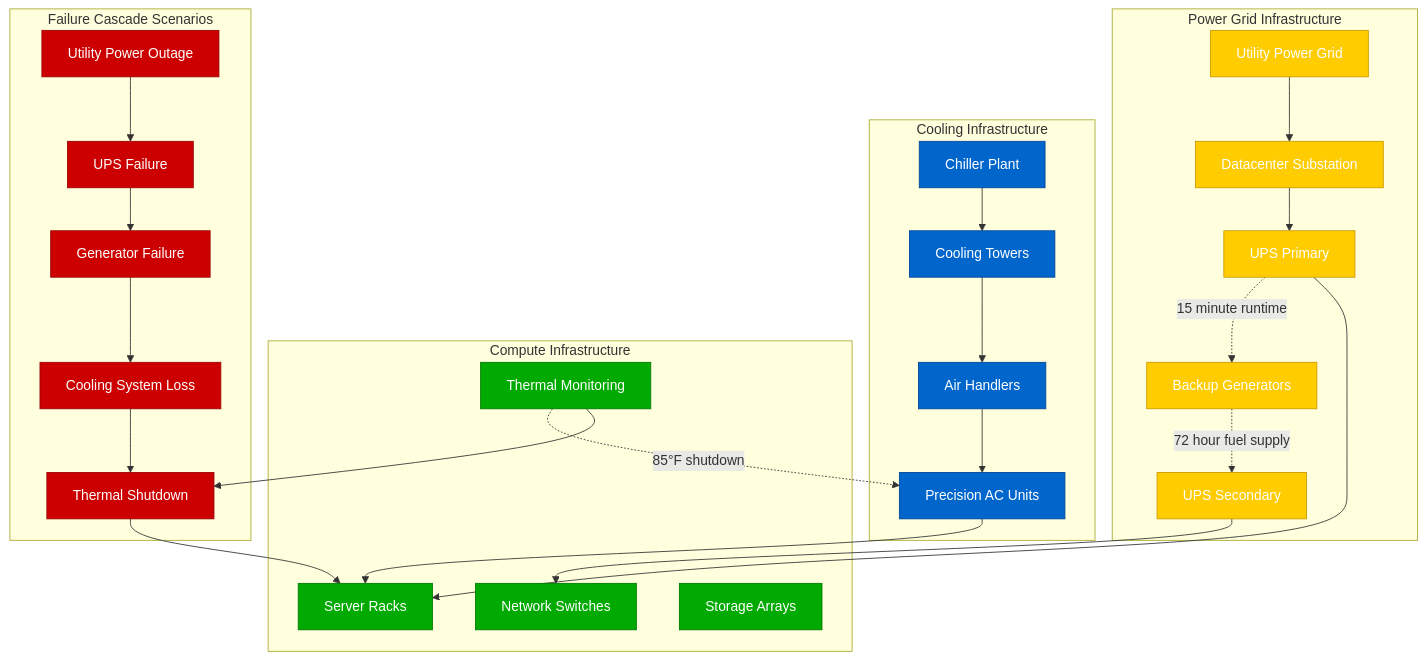
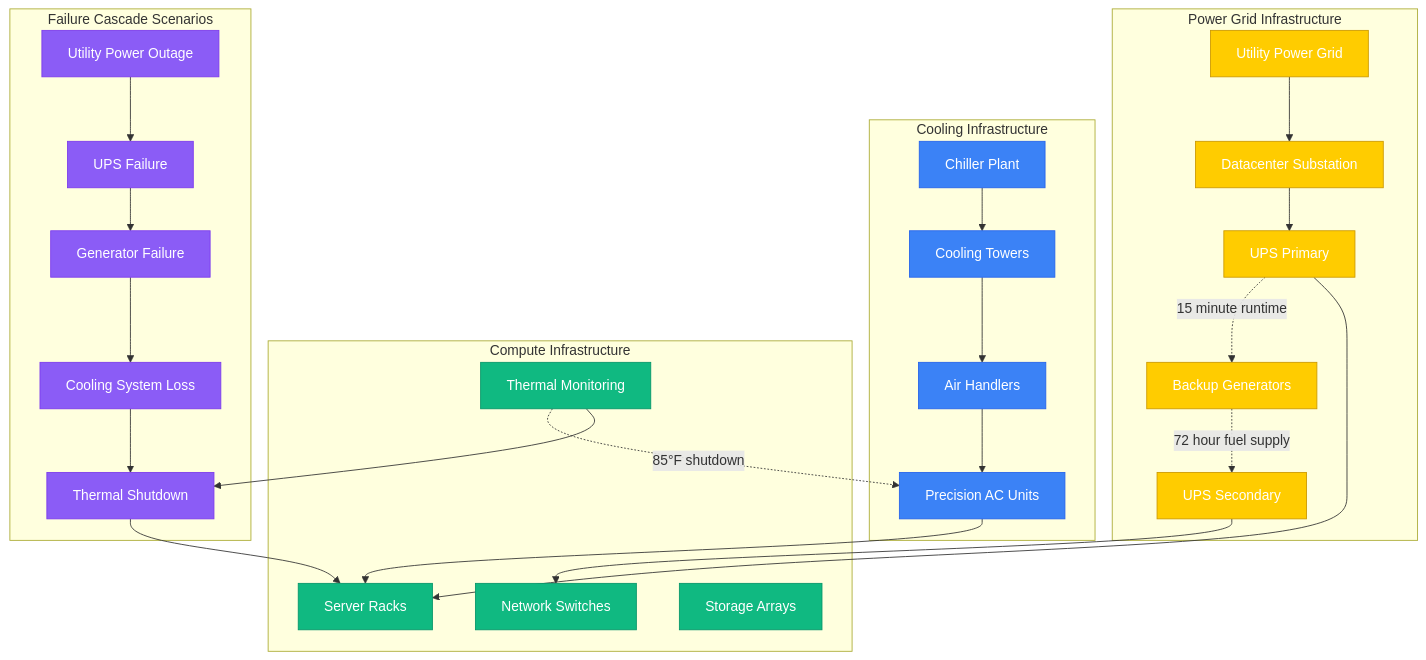
The sixth of 9 diagrams in site/docs/systems/meta/failure-domains.md (deepaucksharma/DS), drawn with Mermaid before and after one commit. The commit also changed other lines of this file and 303 other files, not shown here.

````diff
--- a/site/docs/systems/meta/failure-domains.md
+++ b/site/docs/systems/meta/failure-domains.md
@@ -305,69 +305,69 @@
 ```mermaid
 graph TB
     subgraph PowerGrid[Power Grid Infrastructure]
         UTILITY[Utility Power Grid]
         SUBSTATION[Datacenter Substation]
         UPS_PRIMARY[UPS Primary]
         UPS_SECONDARY[UPS Secondary]
         GENERATOR[Backup Generators]
     end
 
     subgraph CoolingSystem[Cooling Infrastructure]
         CHILLER[Chiller Plant]
         COOLING_TOWER[Cooling Towers]
         AIR_HANDLER[Air Handlers]
         PRECISION_AC[Precision AC Units]
     end
 
     subgraph ComputeInfra[Compute Infrastructure]
         SERVER_RACKS[Server Racks]
         NETWORK_SWITCHES[Network Switches]
         STORAGE_ARRAYS[Storage Arrays]
         THERMAL_MONITORING[Thermal Monitoring]
     end
 
     subgraph FailureCascade[Failure Cascade Scenarios]
         POWER_OUTAGE[Utility Power Outage]
         UPS_FAILURE[UPS Failure]
         GENERATOR_FAIL[Generator Failure]
         COOLING_LOSS[Cooling System Loss]
         THERMAL_SHUTDOWN[Thermal Shutdown]
     end
 
     %% Normal power flow
     UTILITY --> SUBSTATION
     SUBSTATION --> UPS_PRIMARY
     UPS_PRIMARY --> SERVER_RACKS
     UPS_SECONDARY --> NETWORK_SWITCHES
 
     %% Normal cooling flow
     CHILLER --> COOLING_TOWER
     COOLING_TOWER --> AIR_HANDLER
     AIR_HANDLER --> PRECISION_AC
     PRECISION_AC --> SERVER_RACKS
 
     %% Failure cascades
     POWER_OUTAGE --> UPS_FAILURE
     UPS_FAILURE --> GENERATOR_FAIL
     GENERATOR_FAIL --> COOLING_LOSS
     COOLING_LOSS --> THERMAL_SHUTDOWN
 
     %% Monitoring and shutdown
     THERMAL_MONITORING --> THERMAL_SHUTDOWN
     THERMAL_SHUTDOWN --> SERVER_RACKS
 
     %% Annotations
     UPS_PRIMARY -.->|"15 minute runtime"| GENERATOR
     GENERATOR -.->|"72 hour fuel supply"| UPS_SECONDARY
     THERMAL_MONITORING -.->|"85°F shutdown"| PRECISION_AC
 
     classDef powerStyle fill:#FFCC00,stroke:#CC9900,color:#fff
-    classDef coolingStyle fill:#0066CC,stroke:#004499,color:#fff
-    classDef computeStyle fill:#00AA00,stroke:#007700,color:#fff
-    classDef failureStyle fill:#CC0000,stroke:#990000,color:#fff
+    classDef coolingStyle fill:#3B82F6,stroke:#2563EB,color:#fff
+    classDef computeStyle fill:#10B981,stroke:#059669,color:#fff
+    classDef failureStyle fill:#8B5CF6,stroke:#7C3AED,color:#fff
 
     class UTILITY,SUBSTATION,UPS_PRIMARY,UPS_SECONDARY,GENERATOR powerStyle
     class CHILLER,COOLING_TOWER,AIR_HANDLER,PRECISION_AC coolingStyle
     class SERVER_RACKS,NETWORK_SWITCHES,STORAGE_ARRAYS,THERMAL_MONITORING computeStyle
     class POWER_OUTAGE,UPS_FAILURE,GENERATOR_FAIL,COOLING_LOSS,THERMAL_SHUTDOWN failureStyle
 ```
````
